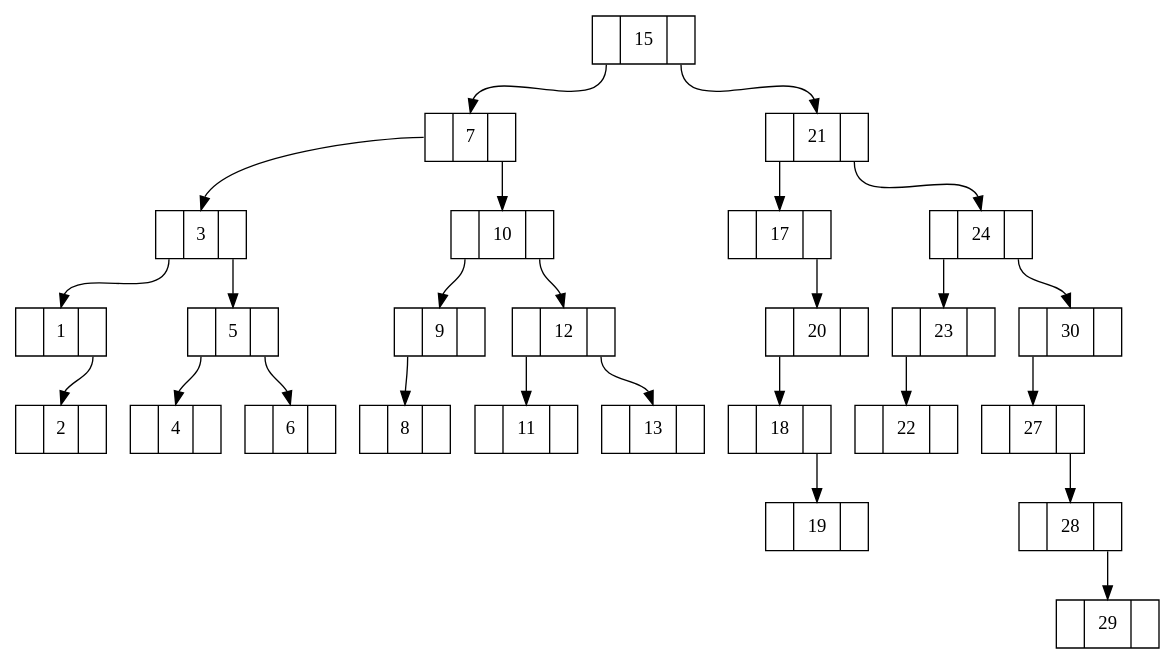
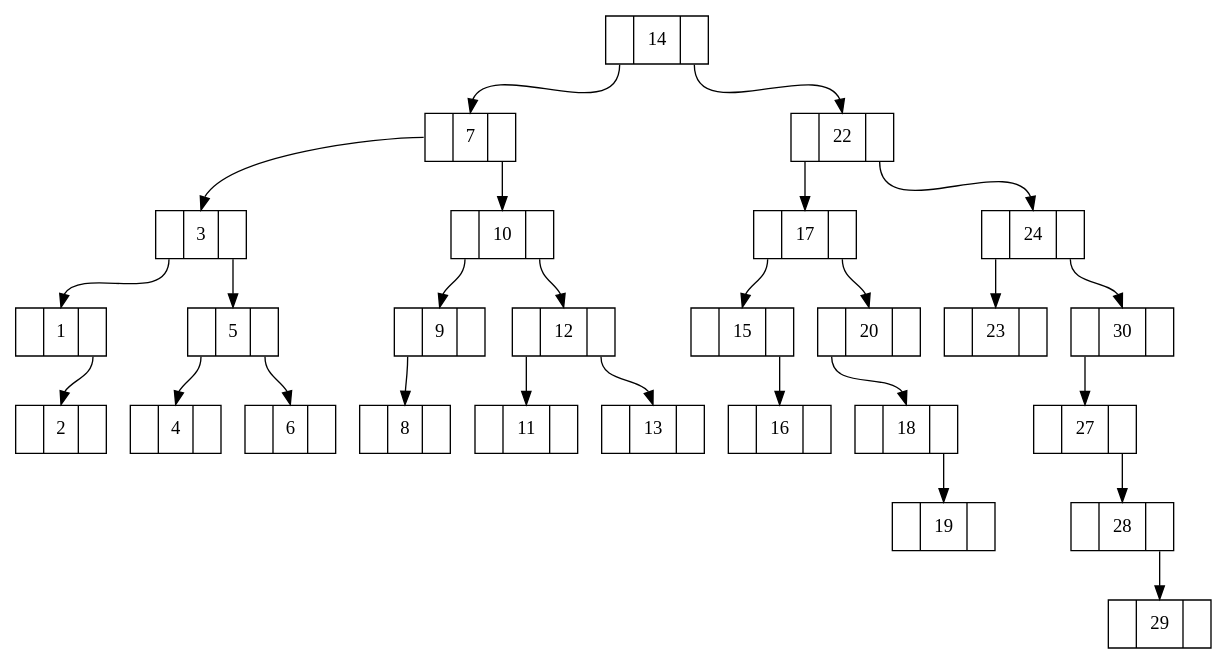
Before and after one commit to jvlangevin/Assignment-8-Binary-Search-Trees: the diagram in Assignment 8 - Binary Search Trees/intExample2-2.dot, drawn with Graphviz. The commit also changed 4 other files, not shown here.

```diff
--- a/Assignment 8 - Binary Search Trees/intExample2-2.dot
+++ b/Assignment 8 - Binary Search Trees/intExample2-2.dot
@@ -1,54 +1,56 @@
 digraph BST {
 node [shape=record]
-15[label="<L> |<D> 15|<R> "]
+14[label="<L> |<D> 14|<R> "]
 7[label="<L> |<D> 7|<R> "]
 3[label="<L> |<D> 3|<R> "]
 1[label="<L> |<D> 1|<R> "]
 2[label="<L> |<D> 2|<R> "]
 1:R -> 2:D
 3:L -> 1:D
 5[label="<L> |<D> 5|<R> "]
 4[label="<L> |<D> 4|<R> "]
 5:L -> 4:D
 6[label="<L> |<D> 6|<R> "]
 5:R -> 6:D
 3:R -> 5:D
 7:L -> 3:D
 10[label="<L> |<D> 10|<R> "]
 9[label="<L> |<D> 9|<R> "]
 8[label="<L> |<D> 8|<R> "]
 9:L -> 8:D
 10:L -> 9:D
 12[label="<L> |<D> 12|<R> "]
 11[label="<L> |<D> 11|<R> "]
 12:L -> 11:D
 13[label="<L> |<D> 13|<R> "]
 12:R -> 13:D
 10:R -> 12:D
 7:R -> 10:D
-15:L -> 7:D
-21[label="<L> |<D> 21|<R> "]
+14:L -> 7:D
+22[label="<L> |<D> 22|<R> "]
 17[label="<L> |<D> 17|<R> "]
+15[label="<L> |<D> 15|<R> "]
+16[label="<L> |<D> 16|<R> "]
+15:R -> 16:D
+17:L -> 15:D
 20[label="<L> |<D> 20|<R> "]
 18[label="<L> |<D> 18|<R> "]
 19[label="<L> |<D> 19|<R> "]
 18:R -> 19:D
 20:L -> 18:D
 17:R -> 20:D
-21:L -> 17:D
+22:L -> 17:D
 24[label="<L> |<D> 24|<R> "]
 23[label="<L> |<D> 23|<R> "]
-22[label="<L> |<D> 22|<R> "]
-23:L -> 22:D
 24:L -> 23:D
 30[label="<L> |<D> 30|<R> "]
 27[label="<L> |<D> 27|<R> "]
 28[label="<L> |<D> 28|<R> "]
 29[label="<L> |<D> 29|<R> "]
 28:R -> 29:D
 27:R -> 28:D
 30:L -> 27:D
 24:R -> 30:D
-21:R -> 24:D
-15:R -> 21:D
+22:R -> 24:D
+14:R -> 22:D
 }
```
